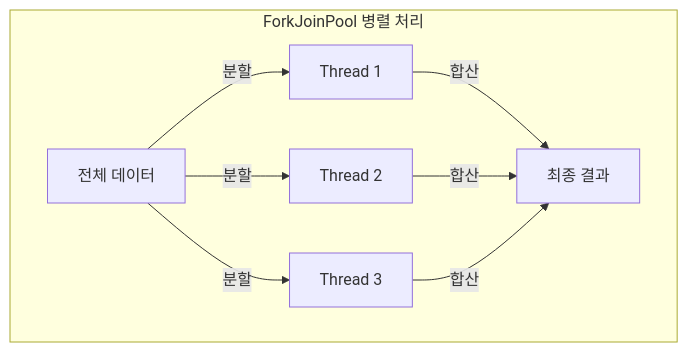
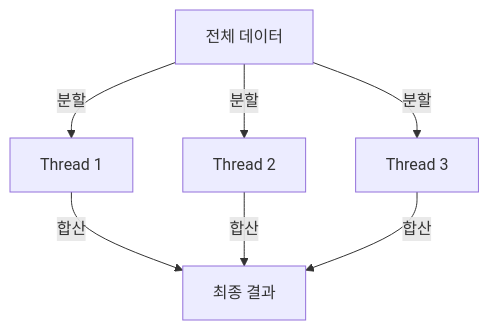
Before and after one commit to yjkim2015/yjkim2015.github.io: the fourth of 4 diagrams in _posts/java/2026-05-01-java-stream.md, drawn with Mermaid. The commit also changed other lines of this file and 155 other files, not shown here.

First line of the commit message:
Mermaid 전면 수정: subgraph 제거, participant/노드/줄수 축소 (342블록)

````diff
--- a/_posts/java/2026-05-01-java-stream.md
+++ b/_posts/java/2026-05-01-java-stream.md
@@ -707,7 +689,7 @@
 ```mermaid
 graph TD
-  subgraph "ForkJoinPool 병렬 처리"
-    DATA["전체 데이터"] -->|분할| T1["Thread 1"] & T2["Thread 2"] & T3["Thread 3"]
-    T1 & T2 & T3 -->|합산| FINAL["최종 결과"]
-  end
+  DATA["전체 데이터"] -->|분할| T1["Thread 1"]
+  DATA -->|분할| T2["Thread 2"]
+  DATA -->|분할| T3["Thread 3"]
+  T1 & T2 & T3 -->|합산| FINAL["최종 결과"]
 ```
````
